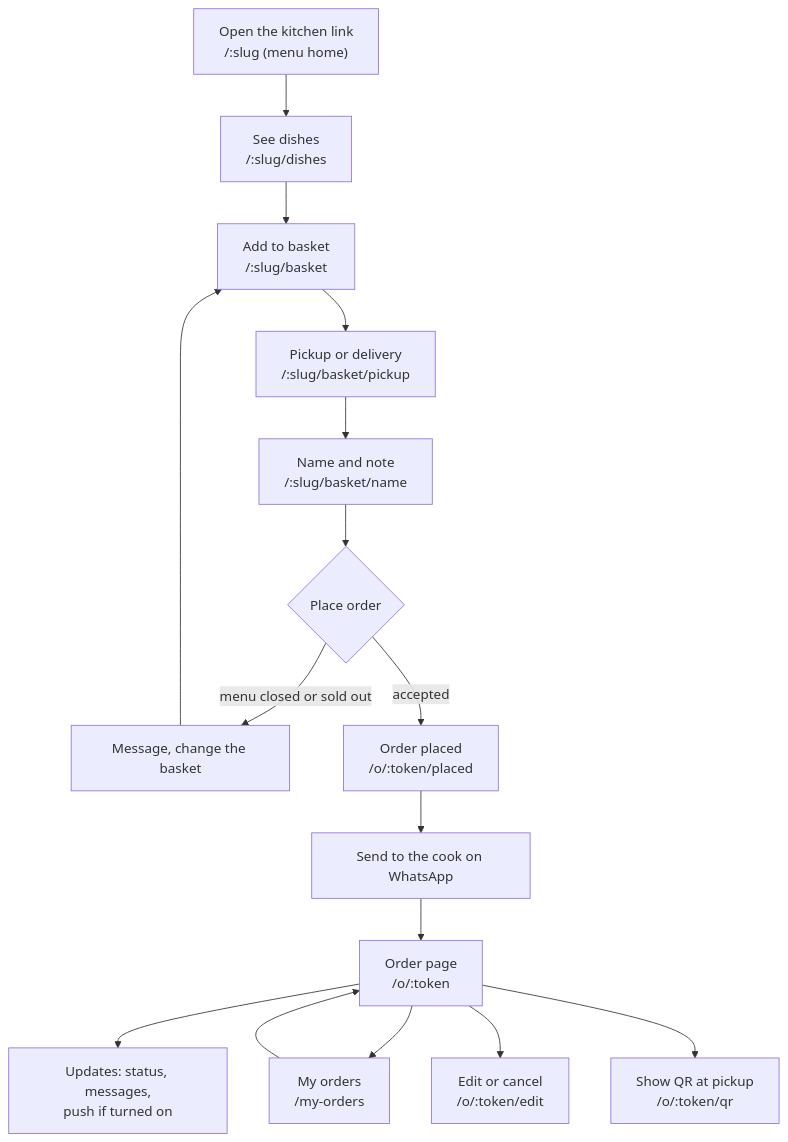
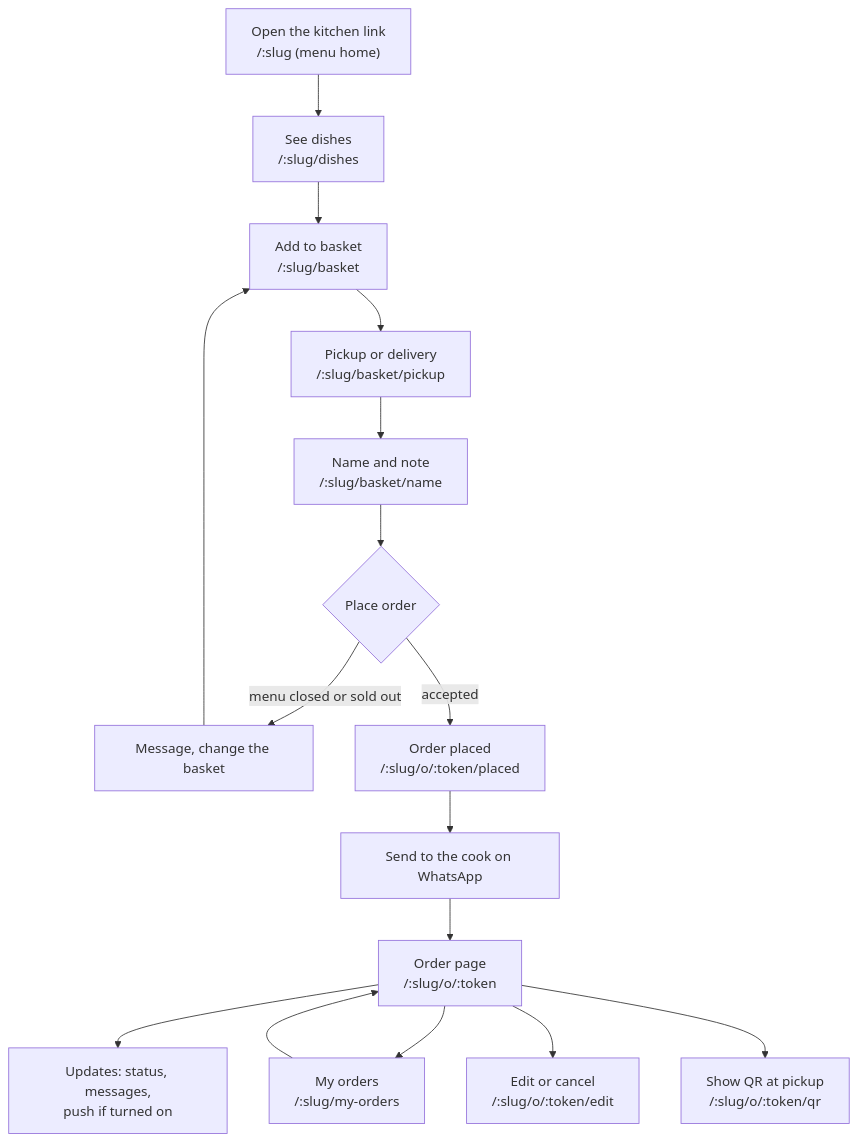
One commit to Andra-Parwita/OrderingApp changed the first of 5 diagrams in docs/product/flows.md. Above: the diagram before and after it, drawn with Mermaid. The commit also changed other lines of this file and 117 other files, not shown here.

````diff
--- a/docs/product/flows.md
+++ b/docs/product/flows.md
@@ -9,18 +9,18 @@
 ```mermaid
 flowchart TD
     A["Open the kitchen link<br/>/:slug (menu home)"] --> B["See dishes<br/>/:slug/dishes"]
     B --> C["Add to basket<br/>/:slug/basket"]
     C --> D["Pickup or delivery<br/>/:slug/basket/pickup"]
     D --> E["Name and note<br/>/:slug/basket/name"]
     E --> F{"Place order"}
     F -- "menu closed or sold out" --> G["Message, change the basket"]
     G --> C
-    F -- "accepted" --> H["Order placed<br/>/o/:token/placed"]
+    F -- "accepted" --> H["Order placed<br/>/:slug/o/:token/placed"]
     H --> I["Send to the cook on WhatsApp"]
-    I --> J["Order page<br/>/o/:token"]
-    J --> K["My orders<br/>/my-orders"]
+    I --> J["Order page<br/>/:slug/o/:token"]
+    J --> K["My orders<br/>/:slug/my-orders"]
     J --> L["Updates: status, messages,<br/>push if turned on"]
-    J --> M["Edit or cancel<br/>/o/:token/edit"]
+    J --> M["Edit or cancel<br/>/:slug/o/:token/edit"]
     K --> J
-    J --> N["Show QR at pickup<br/>/o/:token/qr"]
+    J --> N["Show QR at pickup<br/>/:slug/o/:token/qr"]
 ```
````
